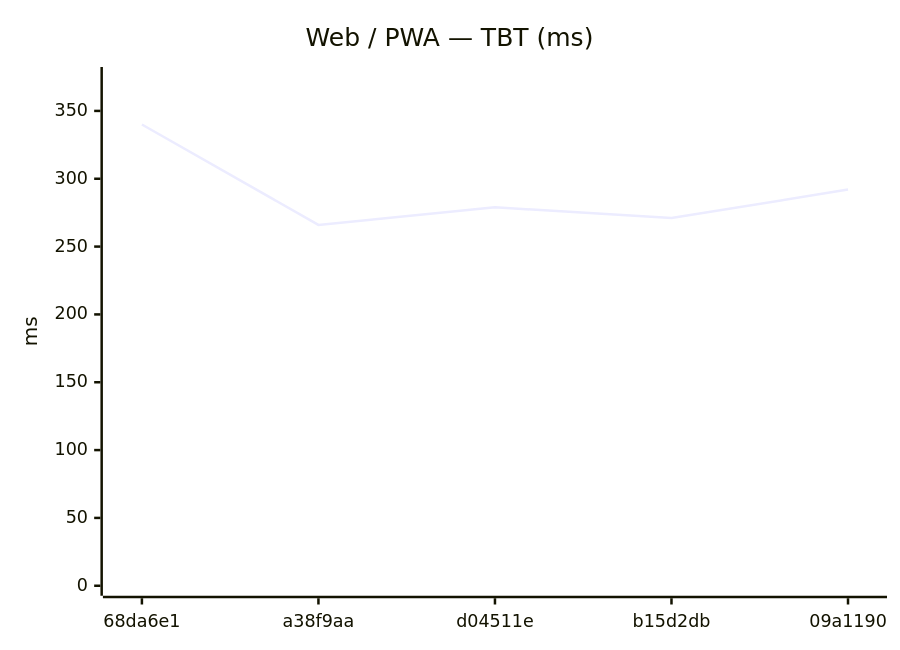
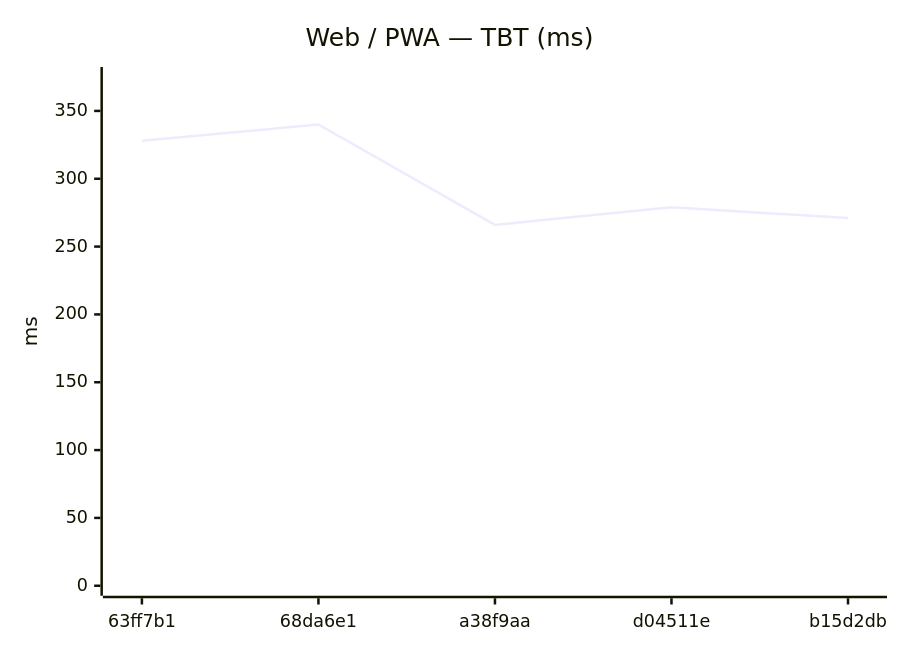
The eighth of 18 diagrams in benchmarks/compare.md (Metaheurist/Rianell), drawn with Mermaid before and after one commit. The commit also changed other lines of this file and 11 other files, not shown here.

````diff
--- a/benchmarks/compare.md
+++ b/benchmarks/compare.md
@@ -124,7 +124,7 @@
 ```mermaid
 xychart-beta
     title "Web / PWA — TBT (ms)"
-    x-axis ["68da6e1", "a38f9aa", "d04511e", "b15d2db", "09a1190"]
+    x-axis ["63ff7b1", "68da6e1", "a38f9aa", "d04511e", "b15d2db"]
     y-axis "ms" 0 --> 375
-    line [340, 266, 279, 271, 292]
+    line [328, 340, 266, 279, 271]
 ```
````
